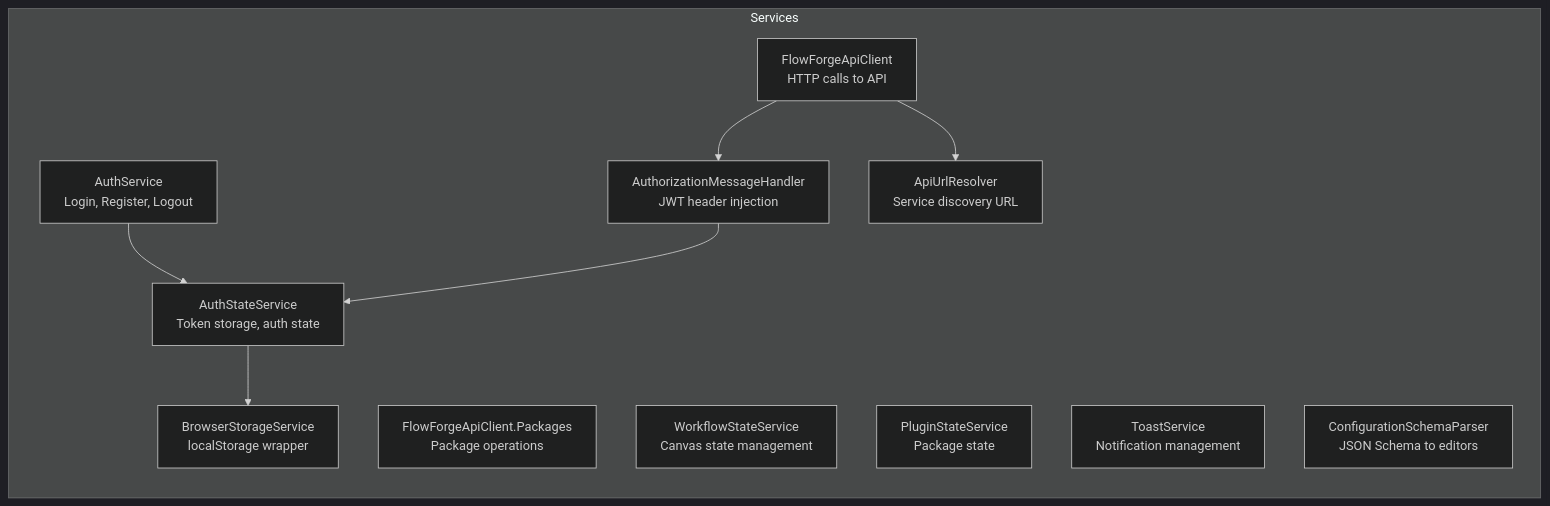
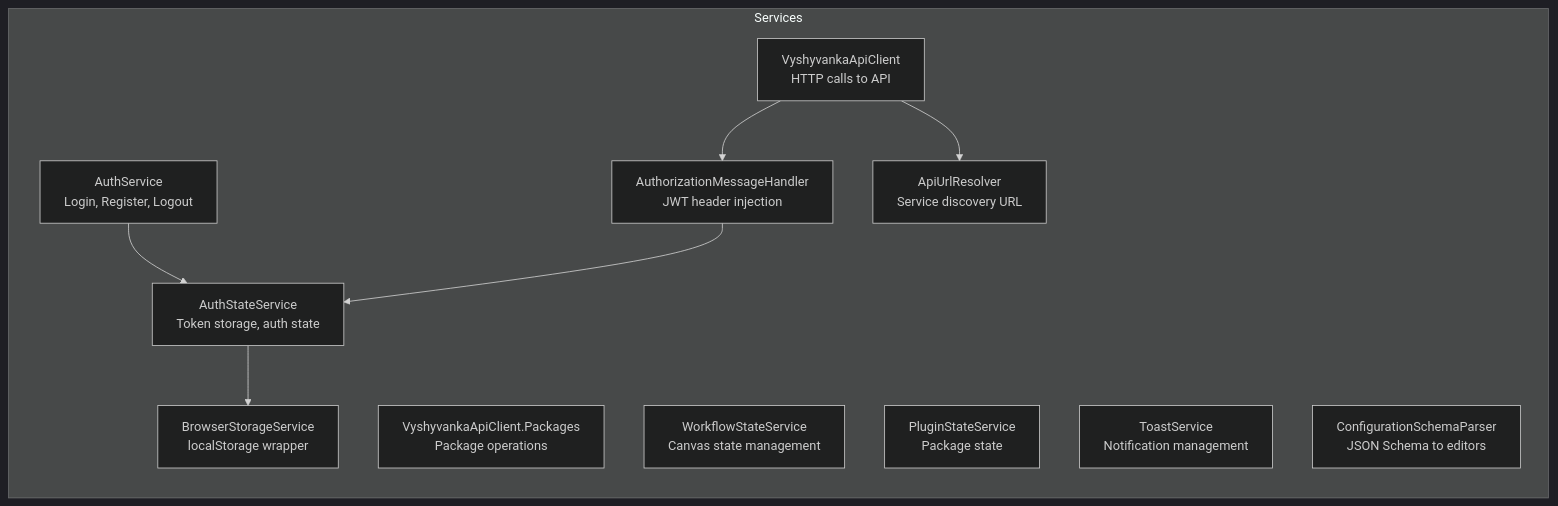
One commit to homolibere/Vyshyvanka changed the second of 3 diagrams in docs/09-designer.md. Above: the diagram before and after it, drawn with Mermaid (dark theme). The commit also changed other lines of this file and 825 other files, not shown here.

Commit message:
chore: rebrand FlowForge to Vyshyvanka across codebase

````diff
--- a/docs/09-designer.md
+++ b/docs/09-designer.md
@@ -100,22 +100,22 @@
 ```mermaid
 flowchart LR
     subgraph "Services"
-        ApiClient["FlowForgeApiClient<br/>HTTP calls to API"]
-        ApiClientPkg["FlowForgeApiClient.Packages<br/>Package operations"]
+        ApiClient["VyshyvankaApiClient<br/>HTTP calls to API"]
+        ApiClientPkg["VyshyvankaApiClient.Packages<br/>Package operations"]
         AuthService["AuthService<br/>Login, Register, Logout"]
         AuthState["AuthStateService<br/>Token storage, auth state"]
         WorkflowState["WorkflowStateService<br/>Canvas state management"]
         PluginState["PluginStateService<br/>Package state"]
         ToastService["ToastService<br/>Notification management"]
         Storage["BrowserStorageService<br/>localStorage wrapper"]
         SchemaParser["ConfigurationSchemaParser<br/>JSON Schema to editors"]
         UrlResolver["ApiUrlResolver<br/>Service discovery URL"]
         AuthHandler["AuthorizationMessageHandler<br/>JWT header injection"]
     end
 
     AuthService --> AuthState
     AuthState --> Storage
     ApiClient --> AuthHandler
     AuthHandler --> AuthState
     ApiClient --> UrlResolver
 ```
````
